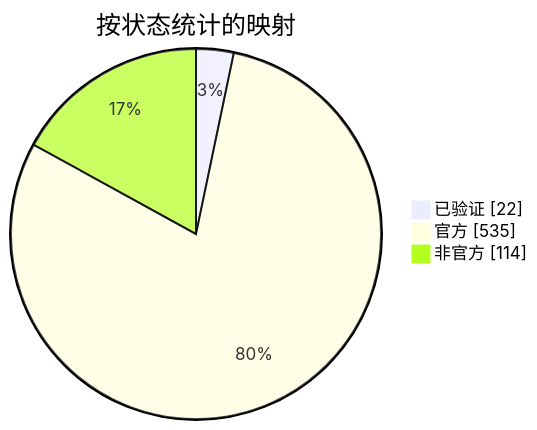
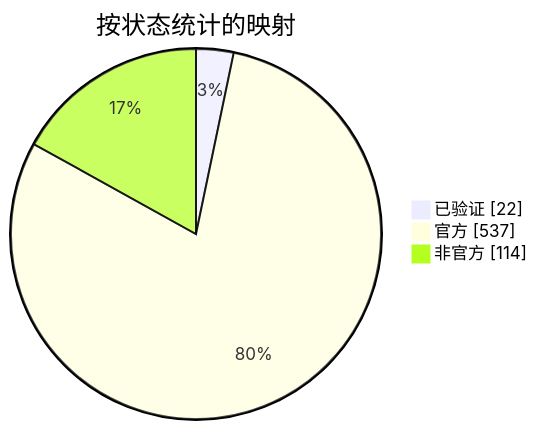
The diagram in docs/readme/README_ZHS.md (nobrega8/mbmap-library), drawn with Mermaid before and after one commit. The commit also changed 7 other files, not shown here.

````diff
--- a/docs/readme/README_ZHS.md
+++ b/docs/readme/README_ZHS.md
@@ -54,7 +54,7 @@
 ```mermaid
 pie showData
     title 按状态统计的映射
     "已验证" : 22
-    "官方" : 535
+    "官方" : 537
     "非官方" : 114
 ```
````
